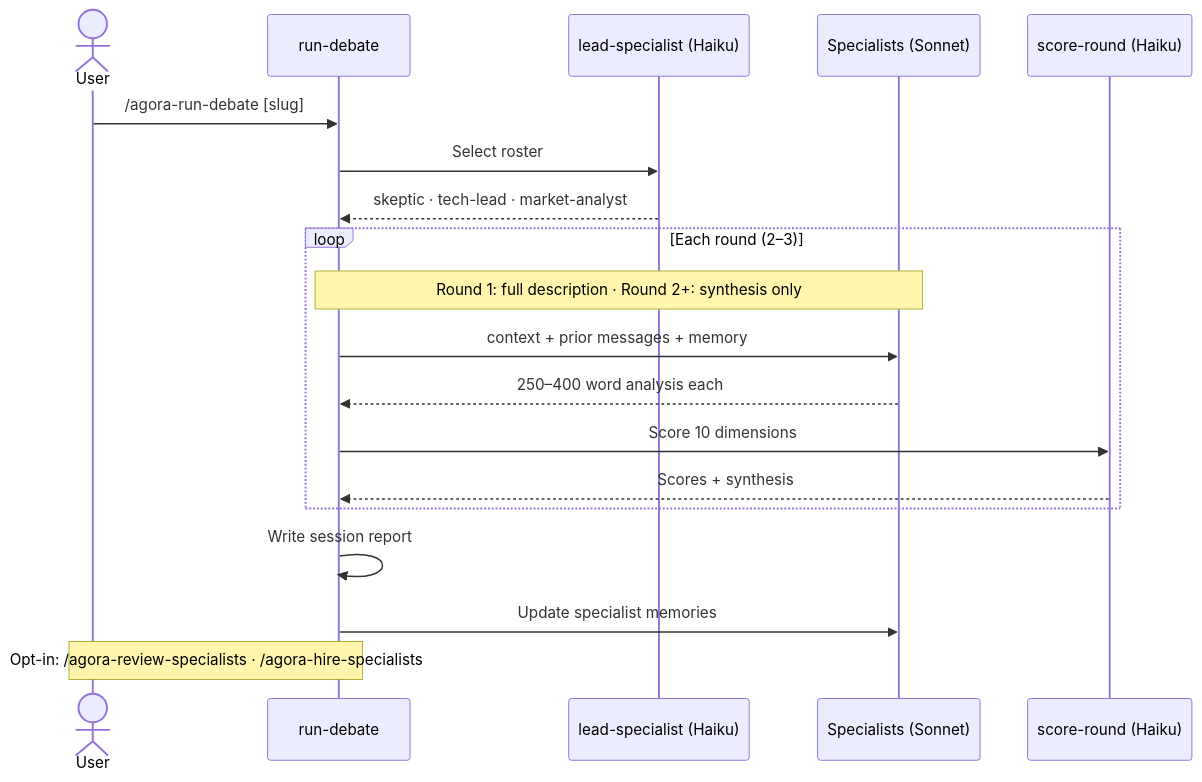
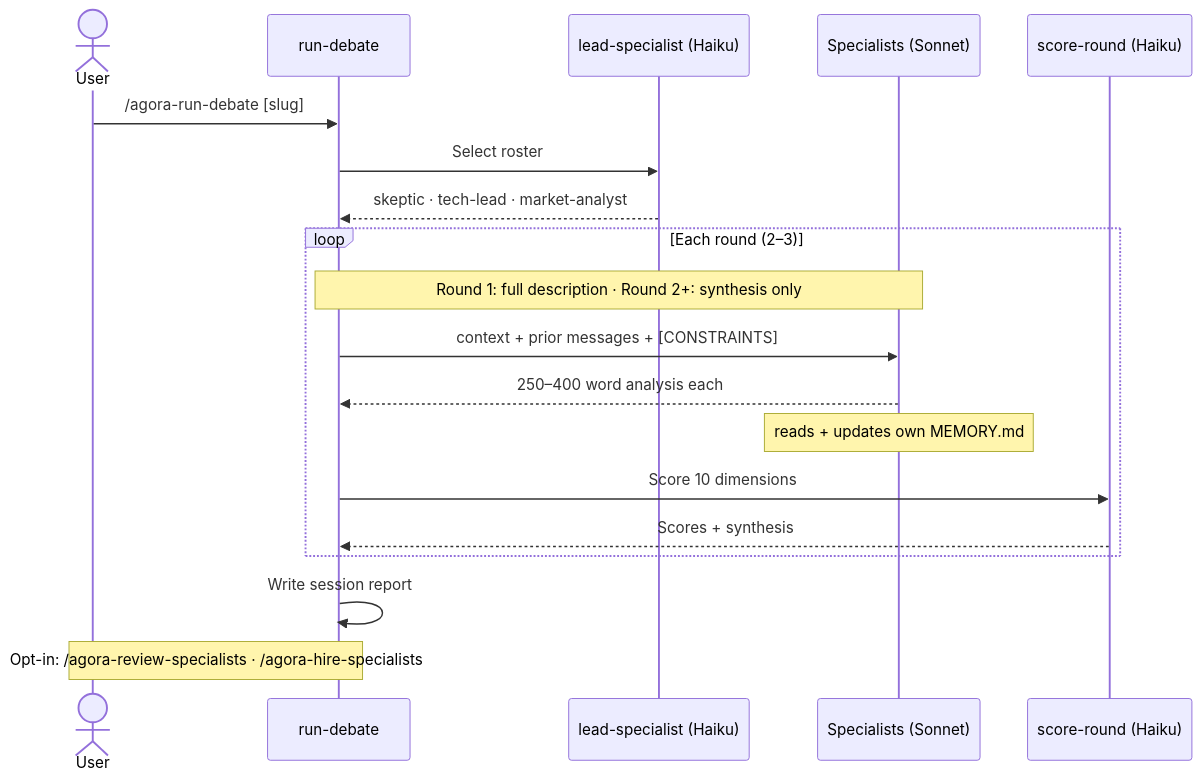
One commit to aryan-curiel/agora changed the first of 3 diagrams in docs/presentation/slides.md. Above: the diagram before and after it, drawn with Mermaid. The commit also changed other lines of this file and 7 other files, not shown here.

First line of the commit message:
Update diagrams, landing page, and slides for agent-owned memory

````diff
--- a/docs/presentation/slides.md
+++ b/docs/presentation/slides.md
@@ -218,24 +220,24 @@
 ```mermaid
 sequenceDiagram
     actor User
     participant RD as run-debate
     participant LA as lead-specialist (Haiku)
     participant SA as Specialists (Sonnet)
     participant SR as score-round (Haiku)
 
     User->>RD: /agora-run-debate [slug]
     RD->>LA: Select roster
     LA-->>RD: skeptic · tech-lead · market-analyst
 
     loop Each round (2–3)
         Note over RD,SA: Round 1: full description · Round 2+: synthesis only
-        RD->>SA: context + prior messages + memory
+        RD->>SA: context + prior messages + [CONSTRAINTS]
         SA-->>RD: 250–400 word analysis each
+        Note over SA: reads + updates own MEMORY.md
         RD->>SR: Score 10 dimensions
         SR-->>RD: Scores + synthesis
     end
 
     RD->>RD: Write session report
-    RD->>SA: Update specialist memories
     Note over RD,User: Opt-in: /agora-review-specialists · /agora-hire-specialists
 ```
````
